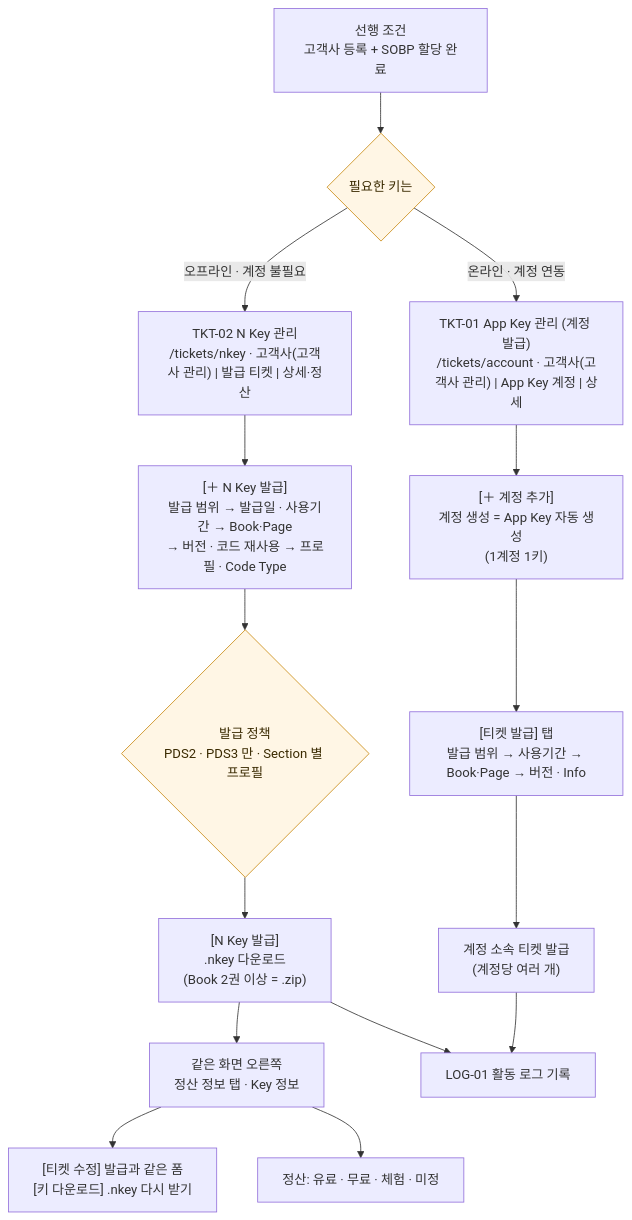
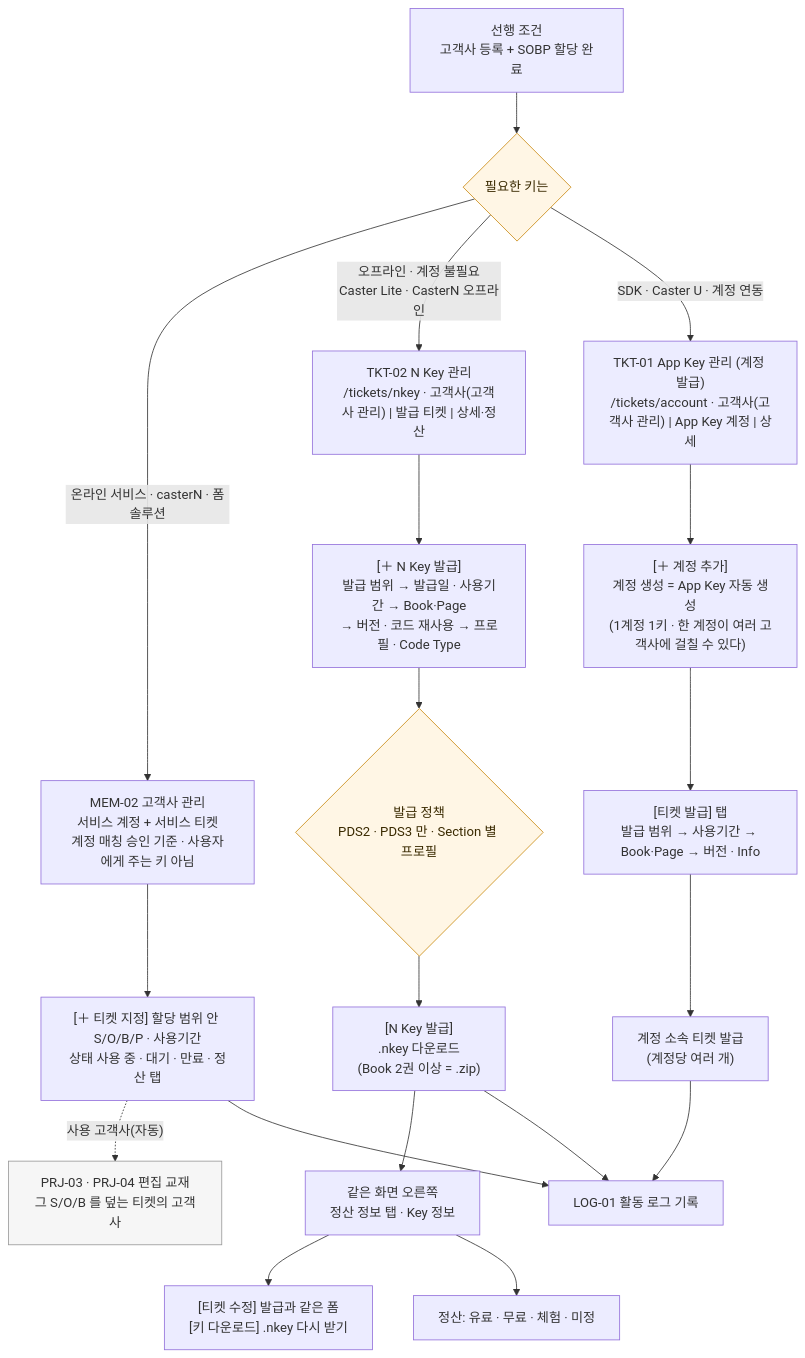
One commit to sjkim-create/NcodeCenter changed the third of 6 diagrams in docs/NcodeCenter-Flow.md. Above: the diagram before and after it, drawn with Mermaid. The commit also changed other lines of this file and 3 other files, not shown here.

````diff
--- a/docs/NcodeCenter-Flow.md
+++ b/docs/NcodeCenter-Flow.md
@@ -96,23 +107,30 @@
 ```mermaid
 flowchart TD
     P["선행 조건<br/>고객사 등록 + SOBP 할당 완료"] --> Q{"필요한 키는"}
 
-    Q -->|"오프라인 · 계정 불필요"| N1["TKT-02 N Key 관리<br/>/tickets/nkey · 고객사(고객사 관리) | 발급 티켓 | 상세·정산"]
+    Q -->|"온라인 서비스 · casterN · 폼솔루션"| S1["MEM-02 고객사 관리<br/>서비스 계정 + 서비스 티켓<br/>계정 매칭 승인 기준 · 사용자에게 주는 키 아님"]
+    S1 --> S2["[＋ 티켓 지정] 할당 범위 안 S/O/B/P · 사용기간<br/>상태 사용 중 · 대기 · 만료 · 정산 탭"]
+    S2 -. 사용 고객사(자동) .-> PE["PRJ-03 · PRJ-04 편집 교재<br/>그 S/O/B 를 덮는 티켓의 고객사"]
+
+    Q -->|"오프라인 · 계정 불필요<br/>Caster Lite · CasterN 오프라인"| N1["TKT-02 N Key 관리<br/>/tickets/nkey · 고객사(고객사 관리) | 발급 티켓 | 상세·정산"]
     N1 --> N2["[＋ N Key 발급]<br/>발급 범위 → 발급일 · 사용기간 → Book·Page<br/>→ 버전 · 코드 재사용 → 프로필 · Code Type"]
     N2 --> NP{"발급 정책<br/>PDS2 · PDS3 만 · Section 별 프로필"}
     NP --> N3["[N Key 발급]<br/>.nkey 다운로드<br/>(Book 2권 이상 = .zip)"]
     N3 --> N4["같은 화면 오른쪽<br/>정산 정보 탭 · Key 정보"]
     N4 --> N5["[티켓 수정] 발급과 같은 폼<br/>[키 다운로드] .nkey 다시 받기"]
 
-    Q -->|"온라인 · 계정 연동"| A1["TKT-01 App Key 관리 (계정 발급)<br/>/tickets/account · 고객사(고객사 관리) | App Key 계정 | 상세"]
-    A1 --> A2["[＋ 계정 추가]<br/>계정 생성 = App Key 자동 생성<br/>(1계정 1키)"]
+    Q -->|"SDK · Caster U · 계정 연동"| A1["TKT-01 App Key 관리 (계정 발급)<br/>/tickets/account · 고객사(고객사 관리) | App Key 계정 | 상세"]
+    A1 --> A2["[＋ 계정 추가]<br/>계정 생성 = App Key 자동 생성<br/>(1계정 1키 · 한 계정이 여러 고객사에 걸칠 수 있다)"]
     A2 --> A3["[티켓 발급] 탭<br/>발급 범위 → 사용기간 → Book·Page → 버전 · Info"]
     A3 --> A4["계정 소속 티켓 발급<br/>(계정당 여러 개)"]
 
     N3 --> L["LOG-01 활동 로그 기록"]
     A4 --> L
+    S2 --> L
     N4 --> B2["정산: 유료 · 무료 · 체험 · 미정"]
 
     classDef gate fill:#fff6e5,stroke:#c98a12,color:#3a2a00;
+    classDef ext fill:#f6f6f6,stroke:#999,color:#333;
     class Q,NP gate;
+    class PE ext;
 ```
````
